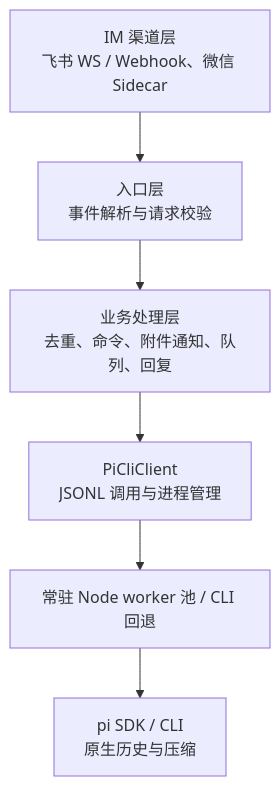
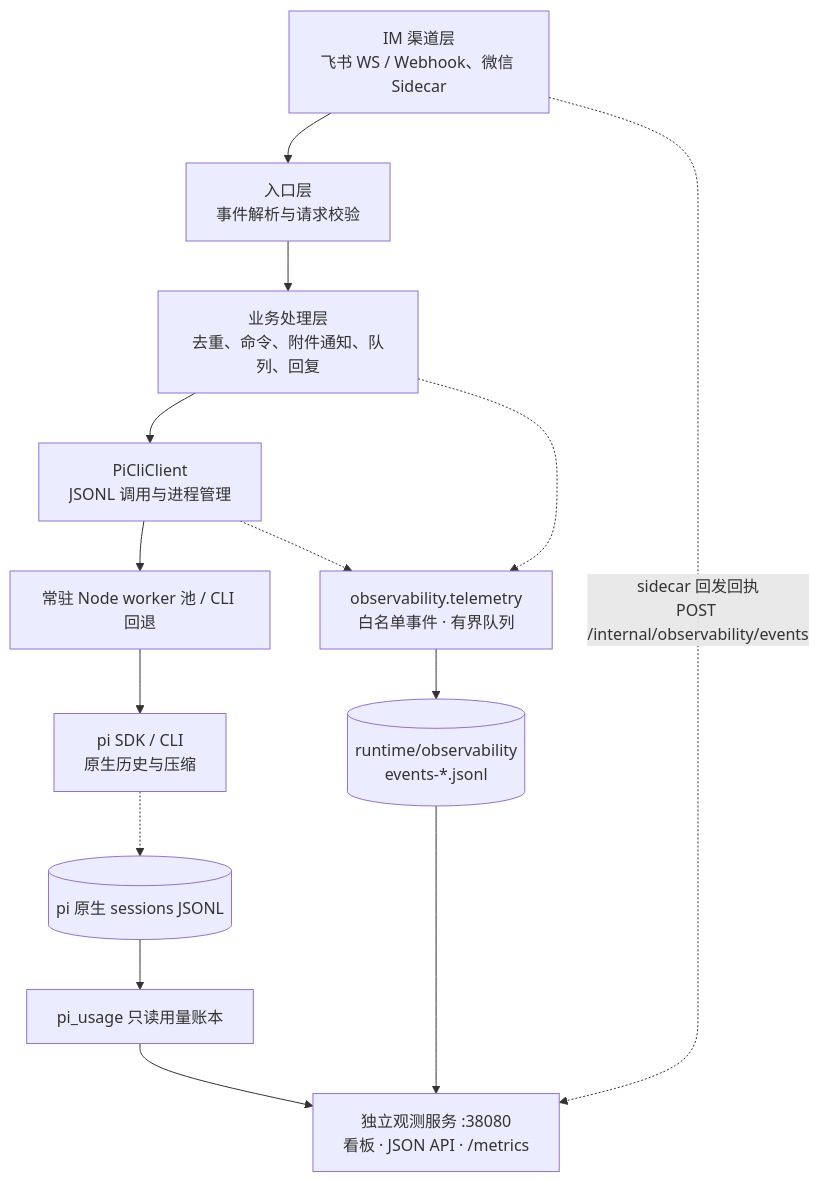
Before and after one commit to felixzhang-glitch/Ferry: the first of 2 diagrams in docs/architecture.md, drawn with Mermaid. The commit also changed other lines of this file and 8 other files, not shown here.

Commit message:
docs: 补齐可观测模块文档 — AGENTS 代码地图、架构分层、产品清单、测试映射与安全边界

````diff
--- a/docs/architecture.md
+++ b/docs/architecture.md
@@ -17,8 +18,16 @@
 ```mermaid
 graph TB
     A[IM 渠道层<br/>飞书 WS / Webhook、微信 Sidecar] --> B[入口层<br/>事件解析与请求校验]
     B --> C[业务处理层<br/>去重、命令、附件通知、队列、回复]
     C --> D[PiCliClient<br/>JSONL 调用与进程管理]
     D --> W[常驻 Node worker 池 / CLI 回退]
     W --> E[pi SDK / CLI<br/>原生历史与压缩]
+    C -.-> T[observability.telemetry<br/>白名单事件 · 有界队列]
+    D -.-> T
+    T --> J[(runtime/observability<br/>events-*.jsonl)]
+    J --> O[独立观测服务 :38080<br/>看板 · JSON API · /metrics]
+    A -.->|sidecar 回发回执<br/>POST /internal/observability/events| O
+    E -.-> N[(pi 原生 sessions JSONL)]
+    N --> P[pi_usage 只读用量账本]
+    P --> O
 ```
````
